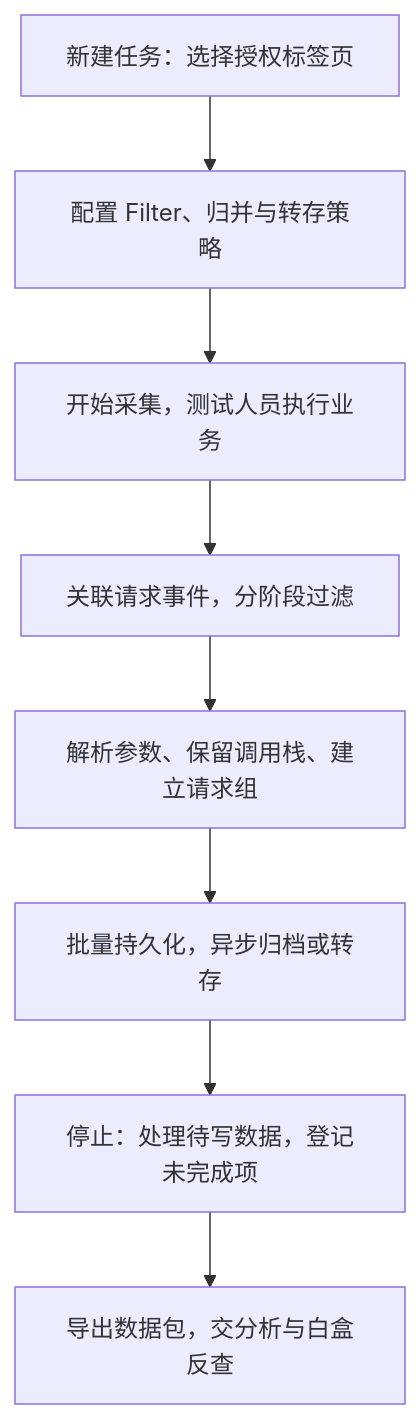
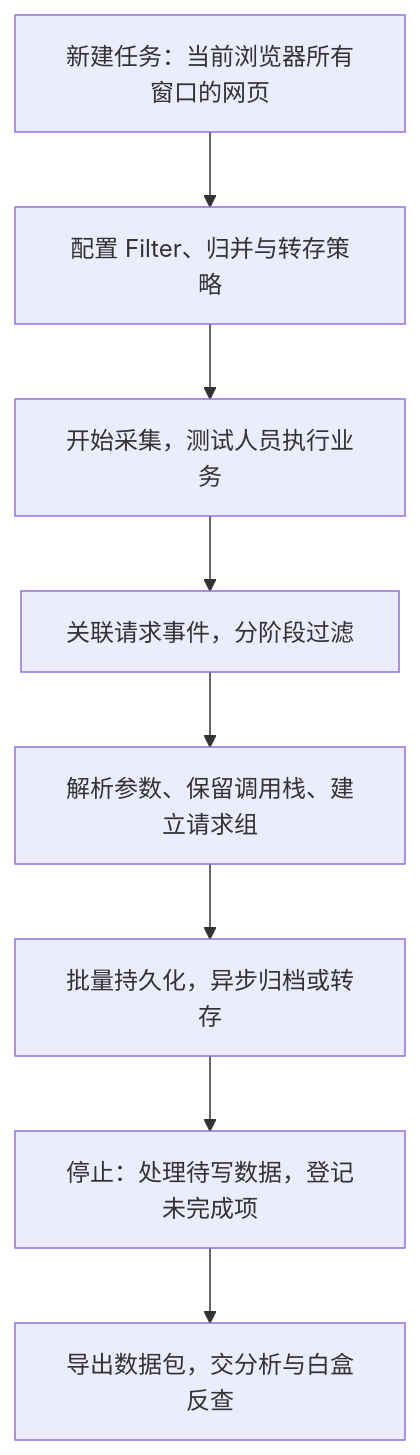
Before and after one commit to luohaijiang789/js-security: the diagram in docs/JS 请求采集浏览器插件.md, drawn with Mermaid. The commit also changed other lines of this file and 14 other files, not shown here.

````diff
--- a/docs/JS 请求采集浏览器插件.md
+++ b/docs/JS 请求采集浏览器插件.md
@@ -24,10 +24,10 @@
 ```mermaid
 flowchart TD
-    A["新建任务：选择授权标签页"] --> B["配置 Filter、归并与转存策略"]
+    A["新建任务：当前浏览器所有窗口的网页"] --> B["配置 Filter、归并与转存策略"]
     B --> C["开始采集，测试人员执行业务"]
     C --> D["关联请求事件，分阶段过滤"]
     D --> E["解析参数、保留调用栈、建立请求组"]
     E --> F["批量持久化，异步归档或转存"]
     F --> G["停止：处理待写数据，登记未完成项"]
     G --> H["导出数据包，交分析与白盒反查"]
 ```
````
